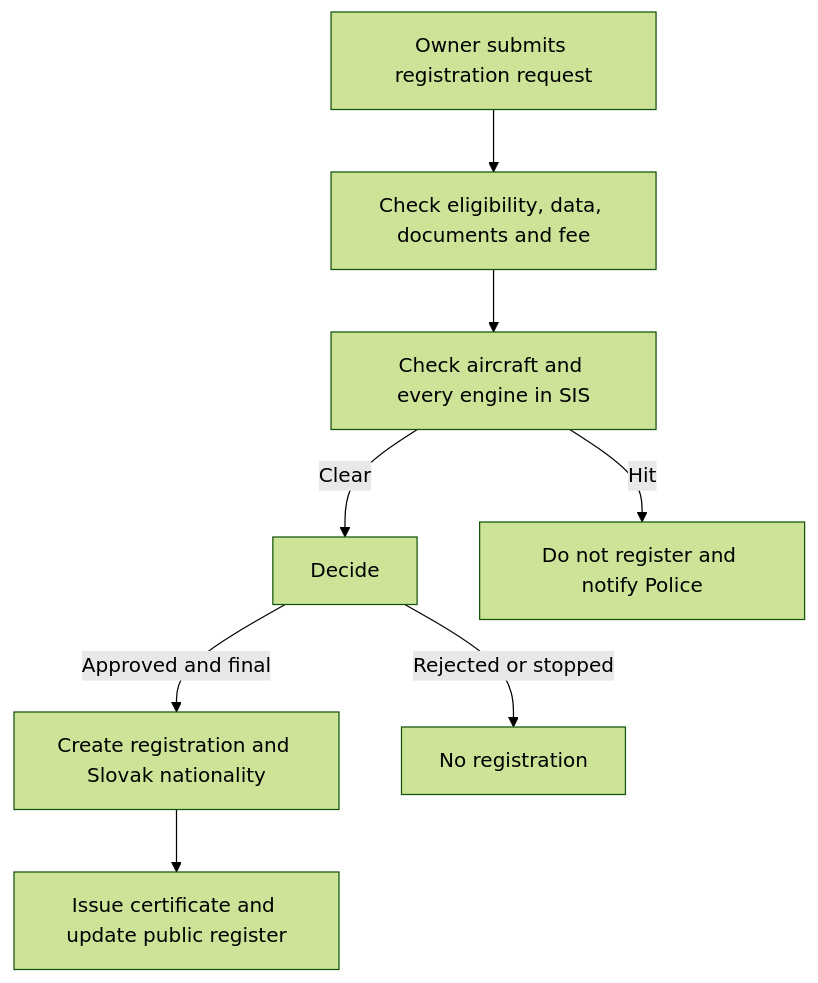
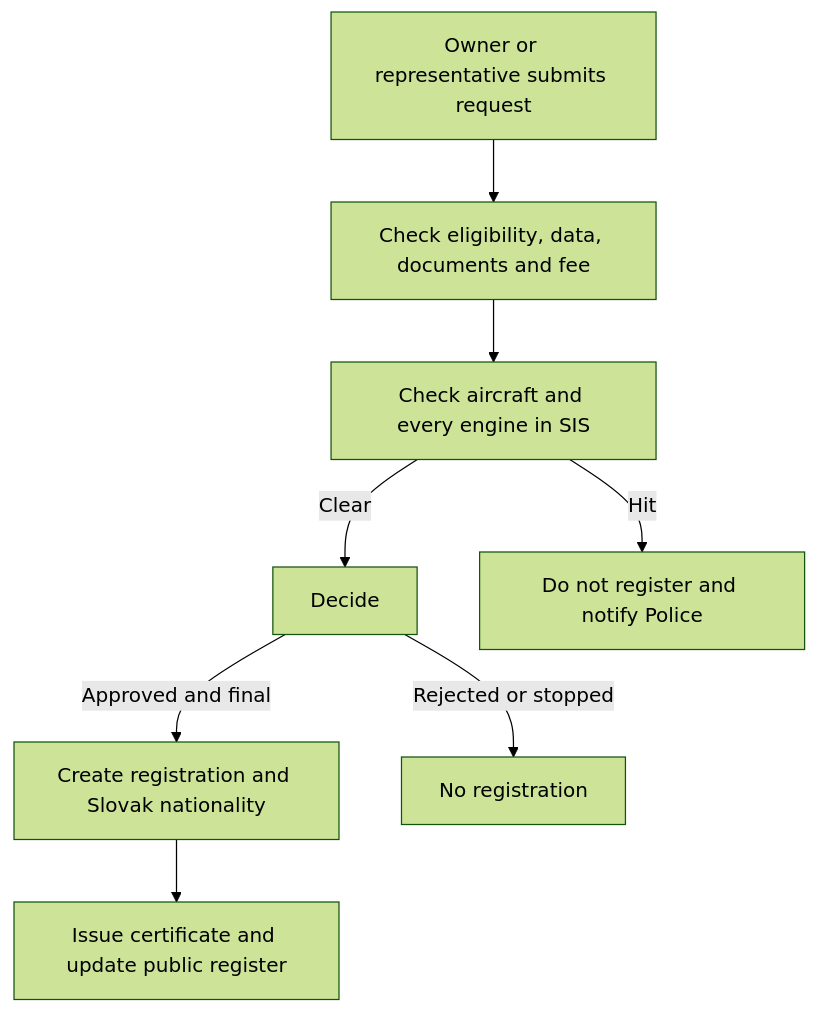
The diagram in examples/MUDU-061/graph.md (fixerivan/mudu-process-definition-standard), drawn with Mermaid (forest theme) before and after one commit. The commit also changed other lines of this file and 10 other files, not shown here.

````diff
--- a/examples/MUDU-061/graph.md
+++ b/examples/MUDU-061/graph.md
@@ -5,10 +5,10 @@
 ```mermaid
 graph TD
-    A["Owner submits registration request"] --> B["Check eligibility, data, documents and fee"]
+    A["Owner or representative submits request"] --> B["Check eligibility, data, documents and fee"]
     B --> C["Check aircraft and every engine in SIS"]
     C -->|Clear| D["Decide"]
     C -->|Hit| X["Do not register and notify Police"]
     D -->|Approved and final| E["Create registration and Slovak nationality"]
     D -->|Rejected or stopped| Y["No registration"]
     E --> F["Issue certificate and update public register"]
 ```
````
